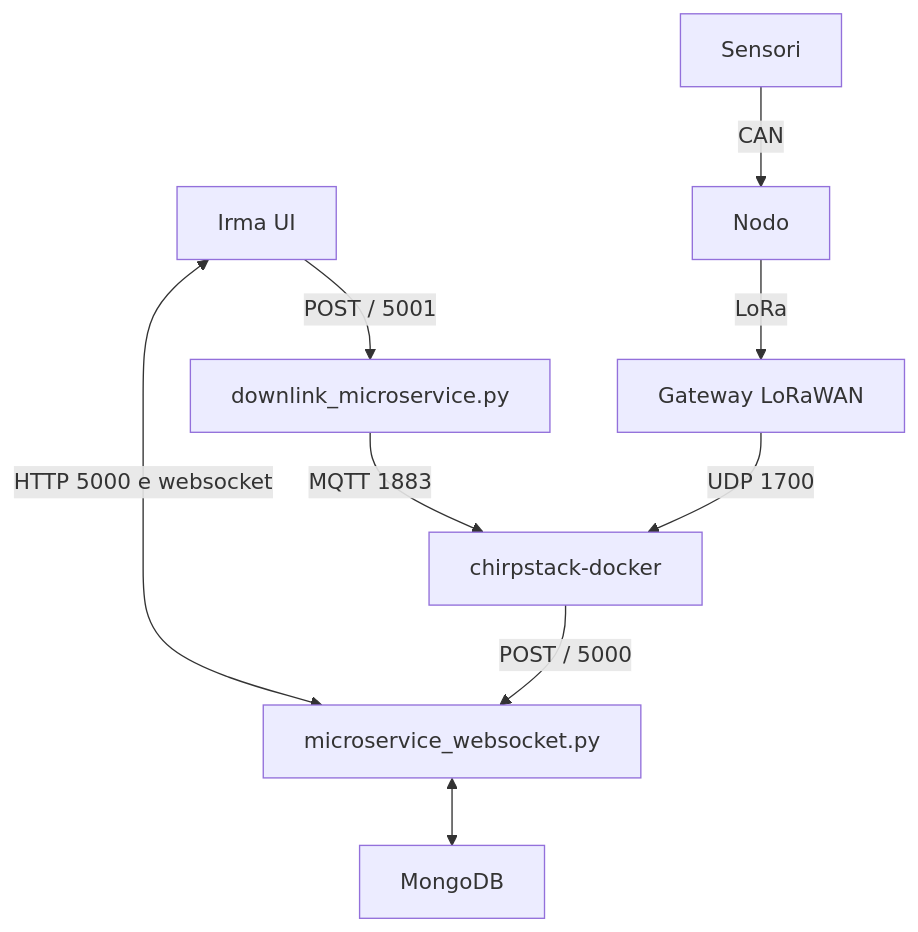
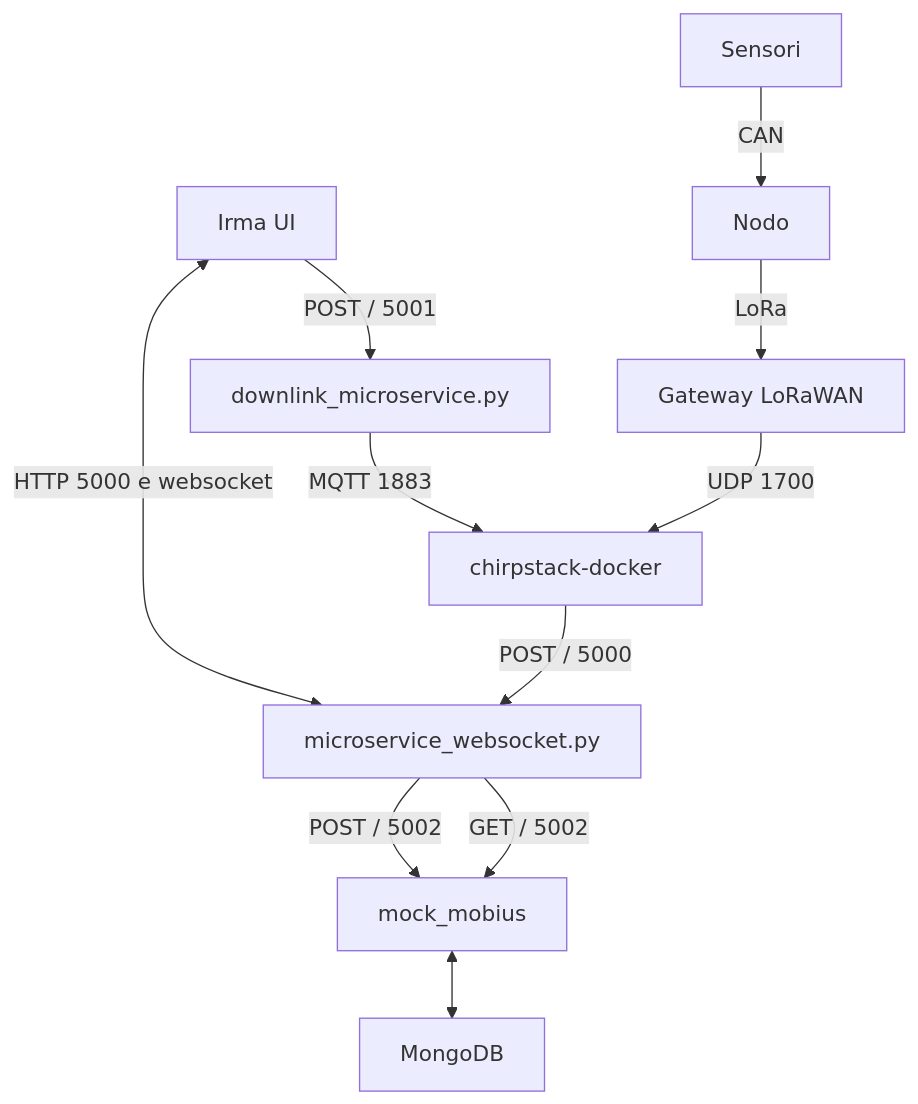
One commit to monemasrl/irma changed the first of 4 diagrams in README.md. Above: the diagram before and after it, drawn with Mermaid. The commit also changed other lines of this file, not shown here.

````diff
--- a/README.md
+++ b/README.md
@@ -8,22 +8,25 @@
 ```mermaid
 graph TD;
 
 chirpstack[chirpstack-docker]
 msw[microservice_websocket.py]
+mm[mock_mobius]
 db[MongoDB]
 dms[downlink_microservice.py]
 irma-ui[Irma UI]
 
 gateway[Gateway LoRaWAN]
 nodo[Nodo]
 sensori[Sensori]
 
 chirpstack -- POST / 5000 --> msw
-msw <--> db
+msw -- POST / 5002 --> mm
+msw -- GET / 5002 --> mm
+mm <--> db
 irma-ui <-- HTTP 5000 e websocket --> msw
 irma-ui -- POST / 5001 --> dms
 dms -- MQTT 1883 --> chirpstack
 gateway -- UDP 1700 --> chirpstack
 nodo -- LoRa --> gateway
 sensori -- CAN --> nodo
 ```
````
